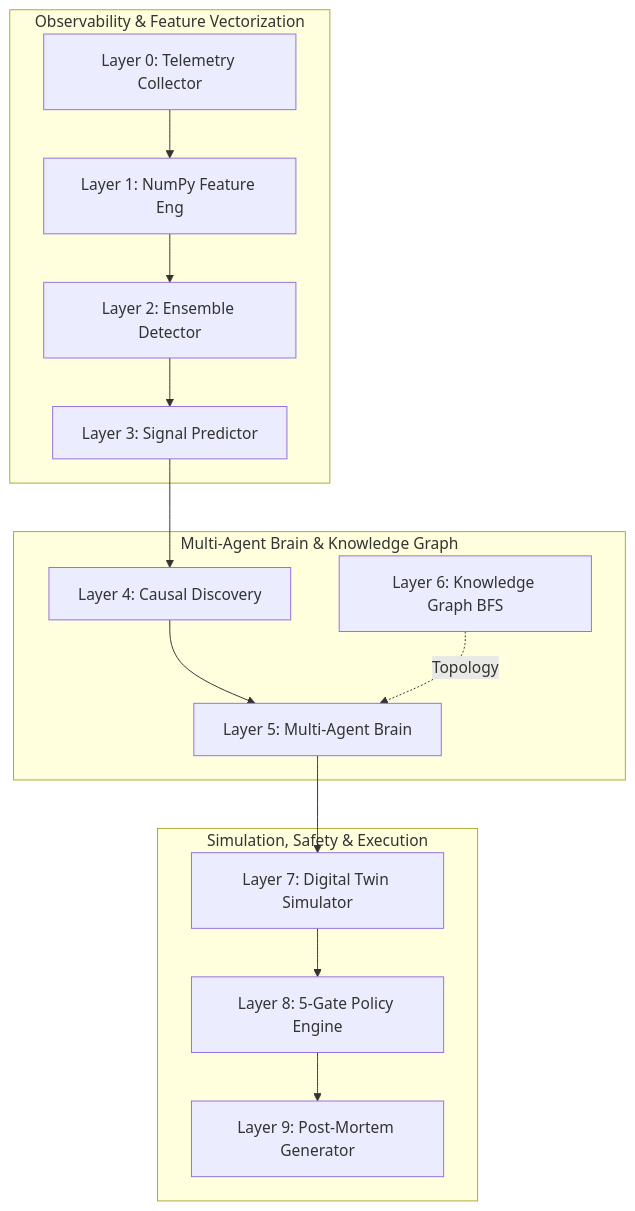
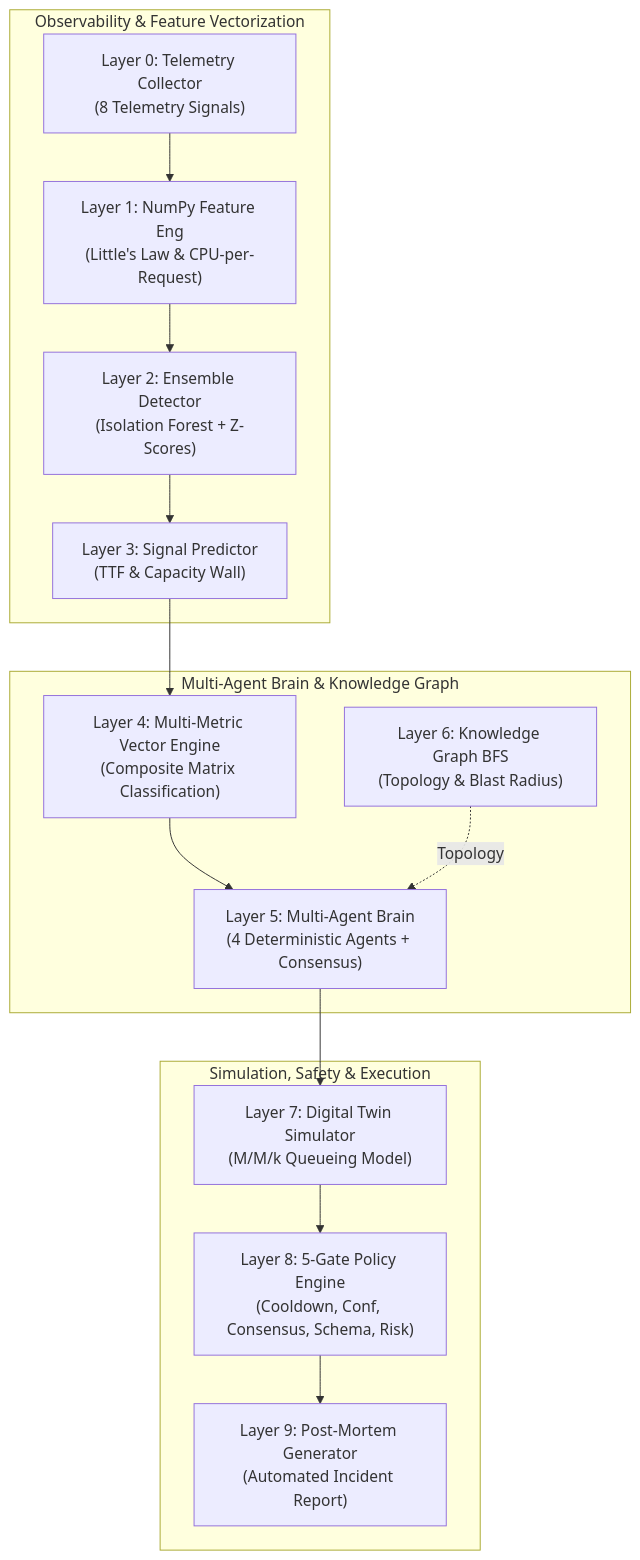
One commit to AdithyaJesuman/Self-Healing-Infrastructure changed the second of 4 diagrams in README.md. Above: the diagram before and after it, drawn with Mermaid. The commit also changed other lines of this file and 10 other files, not shown here.

````diff
--- a/README.md
+++ b/README.md
@@ -105,20 +193,20 @@
 ```mermaid
 flowchart TD
     subgraph L03["Observability & Feature Vectorization"]
-        L0["Layer 0: Telemetry Collector"] --> L1["Layer 1: NumPy Feature Eng"]
-        L1 --> L2["Layer 2: Ensemble Detector"]
-        L2 --> L3["Layer 3: Signal Predictor"]
+        L0["Layer 0: Telemetry Collector<br/>(8 Telemetry Signals)"] --> L1["Layer 1: NumPy Feature Eng<br/>(Little's Law & CPU-per-Request)"]
+        L1 --> L2["Layer 2: Ensemble Detector<br/>(Isolation Forest + Z-Scores)"]
+        L2 --> L3["Layer 3: Signal Predictor<br/>(TTF & Capacity Wall)"]
     end
 
     subgraph L46["Multi-Agent Brain & Knowledge Graph"]
-        L3 --> L4["Layer 4: Causal Discovery"]
-        L4 --> L5["Layer 5: Multi-Agent Brain"]
-        L6["Layer 6: Knowledge Graph BFS"] -. Topology .-> L5
+        L3 --> L4["Layer 4: Multi-Metric Vector Engine<br/>(Composite Matrix Classification)"]
+        L4 --> L5["Layer 5: Multi-Agent Brain<br/>(4 Deterministic Agents + Consensus)"]
+        L6["Layer 6: Knowledge Graph BFS<br/>(Topology & Blast Radius)"] -. Topology .-> L5
     end
 
     subgraph L79["Simulation, Safety & Execution"]
-        L5 --> L7["Layer 7: Digital Twin Simulator"]
-        L7 --> L8["Layer 8: 5-Gate Policy Engine"]
-        L8 --> L9["Layer 9: Post-Mortem Generator"]
+        L5 --> L7["Layer 7: Digital Twin Simulator<br/>(M/M/k Queueing Model)"]
+        L7 --> L8["Layer 8: 5-Gate Policy Engine<br/>(Cooldown, Conf, Consensus, Schema, Risk)"]
+        L8 --> L9["Layer 9: Post-Mortem Generator<br/>(Automated Incident Report)"]
     end
 ```
````
